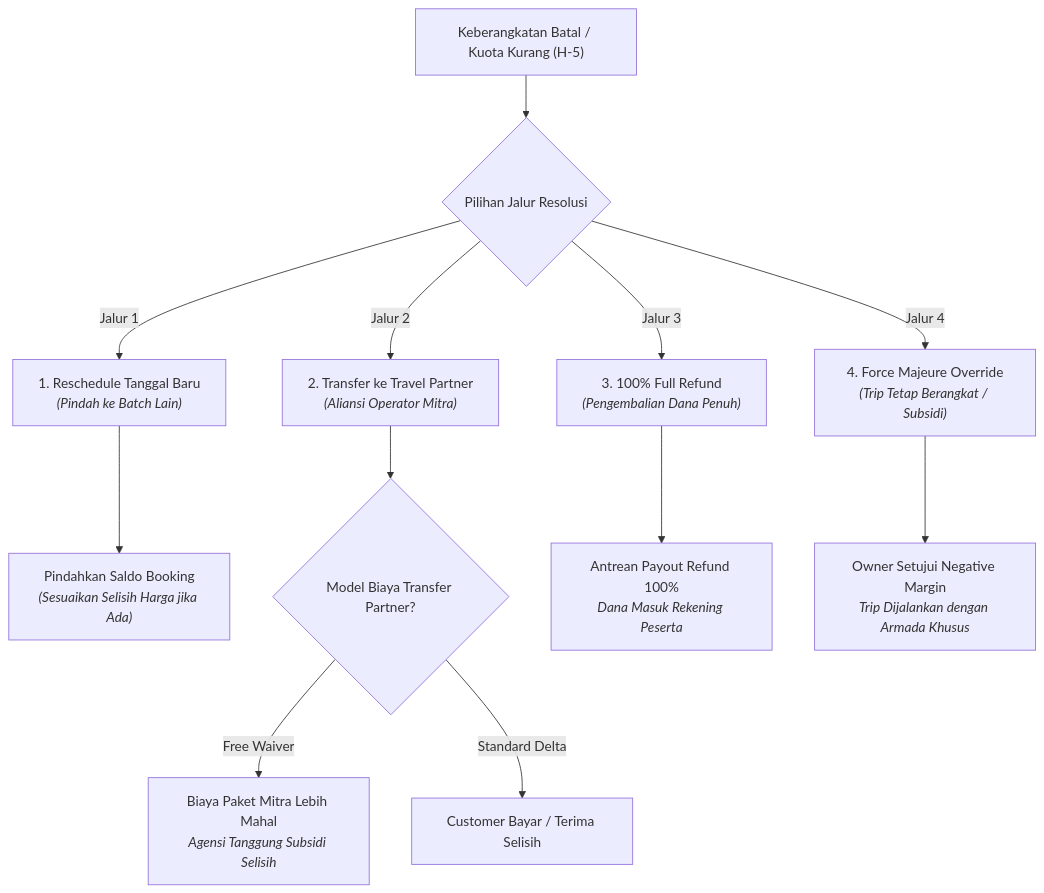
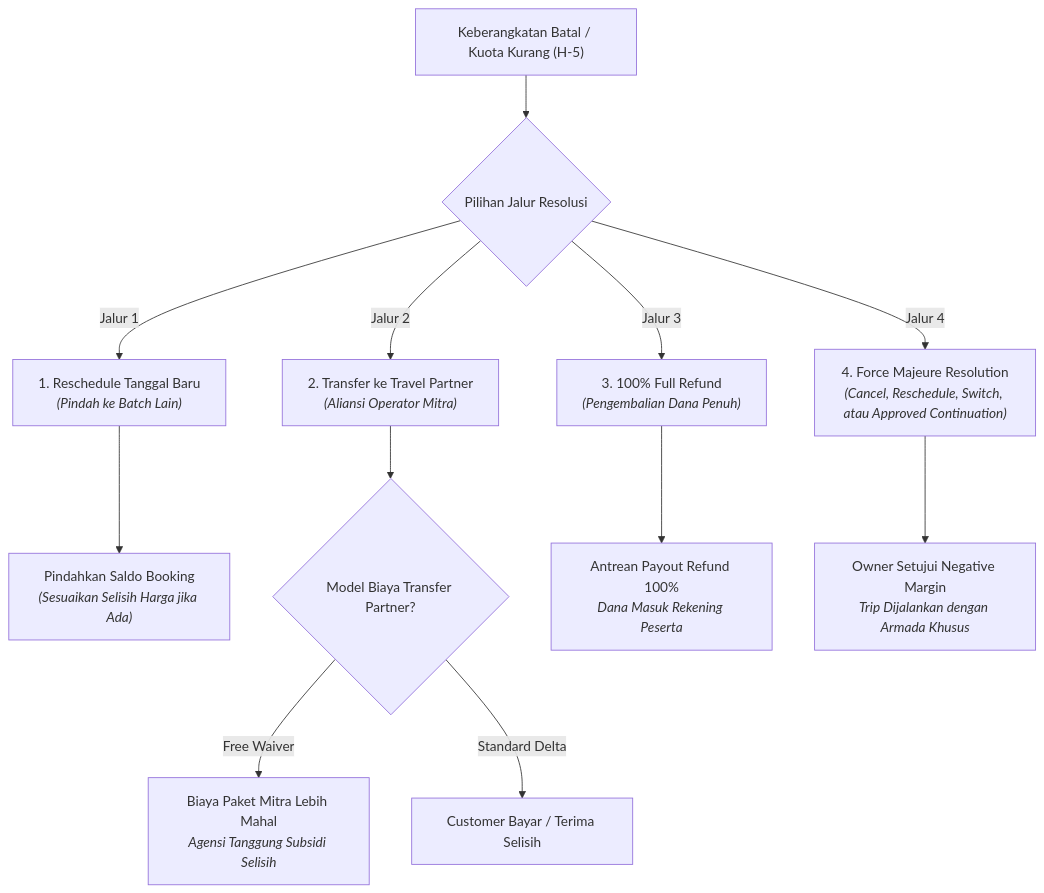
One commit to mfauzanfikri/tms-docs changed the second of 3 diagrams in product/02_BRD.md. Above: the diagram before and after it, drawn with Mermaid. The commit also changed other lines of this file and 5 other files, not shown here.

````diff
--- a/product/02_BRD.md
+++ b/product/02_BRD.md
@@ -157,16 +169,16 @@
 ```mermaid
 flowchart TD
     D5_Fail["Keberangkatan Batal / Kuota Kurang (H-5)"] --> PathSelect{"Pilihan Jalur Resolusi"}
 
     PathSelect -->|Jalur 1| Reschedule["1. Reschedule Tanggal Baru<br><i>(Pindah ke Batch Lain)</i>"]
     PathSelect -->|Jalur 2| Transfer["2. Transfer ke Travel Partner<br><i>(Aliansi Operator Mitra)</i>"]
     PathSelect -->|Jalur 3| FullRefund["3. 100% Full Refund<br><i>(Pengembalian Dana Penuh)</i>"]
-    PathSelect -->|Jalur 4| ForceMajeure["4. Force Majeure Override<br><i>(Trip Tetap Berangkat / Subsidi)</i>"]
+    PathSelect -->|Jalur 4| ForceMajeure["4. Force Majeure Resolution<br><i>(Cancel, Reschedule, Switch, atau Approved Continuation)</i>"]
 
     Reschedule --> Trans1["Pindahkan Saldo Booking<br><i>(Sesuaikan Selisih Harga jika Ada)</i>"]
     Transfer --> SubSelect{"Model Biaya Transfer Partner?"}
     SubSelect -->|Free Waiver| SubPaid["Biaya Paket Mitra Lebih Mahal<br><i>Agensi Tanggung Subsidi Selisih</i>"]
     SubSelect -->|Standard Delta| CustDelta["Customer Bayar / Terima Selisih"]
     FullRefund --> RefQueue["Antrean Payout Refund 100%<br><i>Dana Masuk Rekening Peserta</i>"]
     ForceMajeure --> OwnerApp["Owner Setujui Negative Margin<br><i>Trip Dijalankan dengan Armada Khusus</i>"]
 ```
````
